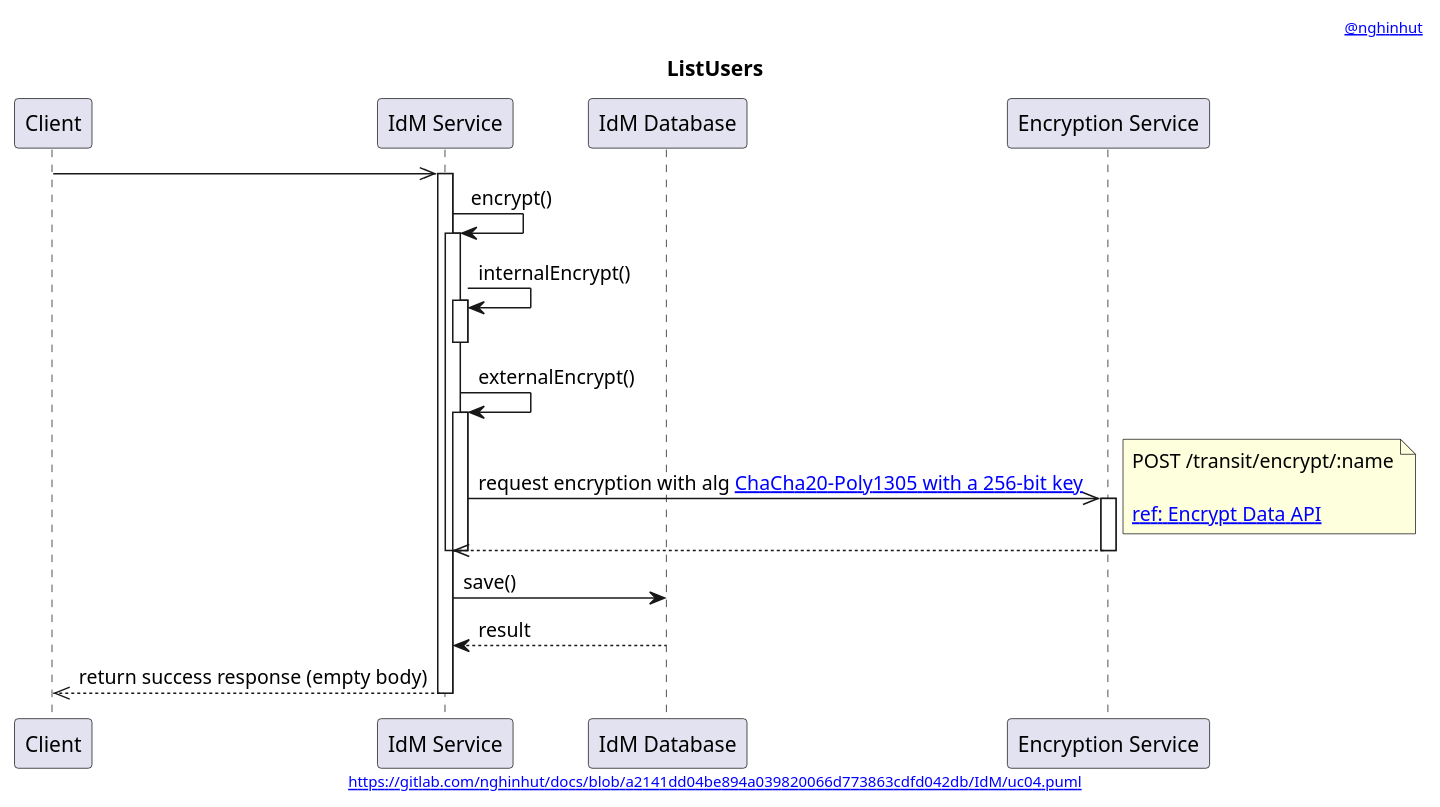
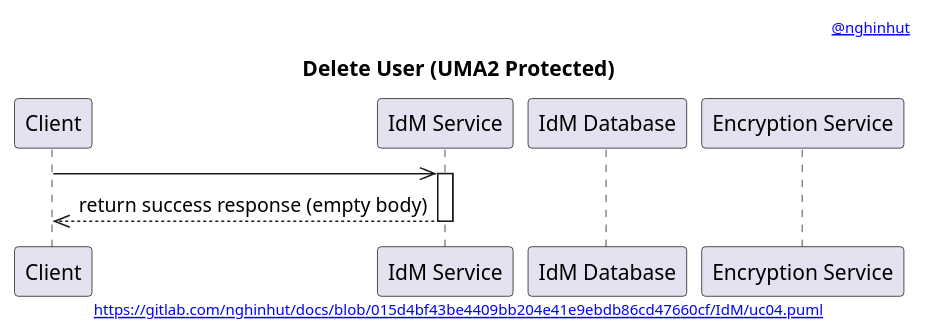
One commit to nghinhut/docs changed the diagram in IdM/uc04.sequence.puml. Above: the diagram before and after it, drawn with PlantUML. The commit also changed 20 other files, not shown here.

Commit message:
Update diagrams

```diff
--- a/IdM/uc04.sequence.puml
+++ b/IdM/uc04.sequence.puml
@@ -1,43 +1,22 @@
 @startuml
 '-----START auto generated metadata please keep comment here to allow auto update-----
 '-----DON'T EDIT THIS SECTION, INSTEAD RE-RUN prebuild.sh TO UPDATE-----
-header [[https://www.nghinhut.dev?from=http%5C%3A%5C%2F%5C%2Fwww%5C.plantuml%5C.com%5C%2Fplantuml%5C%2Fproxy%3Ffmt%3Dsvg%5C%26src%3Dhttps%5C%3A%5C%2F%5C%2Fgitlab%5C.com%5C%2Fnghinhut%5C%2Fdocs%5C%2Fraw%5C%2Fa2141dd04be894a039820066d773863cdfd042db%5C%2FIdM%5C%2Fuc04%5C.puml%0A @nghinhut]]
-footer [[http://www.plantuml.com/plantuml/proxy?fmt=svg&src=https://gitlab.com/nghinhut/docs/raw/a2141dd04be894a039820066d773863cdfd042db/IdM/uc04.puml https://gitlab.com/nghinhut/docs/blob/a2141dd04be894a039820066d773863cdfd042db/IdM/uc04.puml]]
+header [[https://www.nghinhut.dev?from=http%5C%3A%5C%2F%5C%2Fwww%5C.plantuml%5C.com%5C%2Fplantuml%5C%2Fproxy%3Ffmt%3Dsvg%5C%26src%3Dhttps%5C%3A%5C%2F%5C%2Fgitlab%5C.com%5C%2Fnghinhut%5C%2Fdocs%5C%2Fraw%5C%2F015d4bf43be4409bb204e41e9ebdb86cd47660cf%5C%2FIdM%5C%2Fuc04%5C.puml%0A @nghinhut]]
+footer [[http://www.plantuml.com/plantuml/proxy?fmt=svg&src=https://gitlab.com/nghinhut/docs/raw/015d4bf43be4409bb204e41e9ebdb86cd47660cf/IdM/uc04.puml https://gitlab.com/nghinhut/docs/blob/015d4bf43be4409bb204e41e9ebdb86cd47660cf/IdM/uc04.puml]]
 '-----END auto generated metadata please keep comment here to allow auto update-----
-title ListUsers
+title Delete User (UMA2 Protected)
 
 participant "Client" as client
 participant "IdM Service" as idm
 participant "IdM Database" as db
 participant "Encryption Service" as es
 
 client ->> idm
 activate idm
 
-idm -> idm : encrypt()
-activate idm
-idm -> idm : internalEncrypt()
-activate idm
-deactivate idm
 
-idm -> idm : externalEncrypt()
-activate idm
-idm ->> es : request encryption with alg [[https://www.vaultproject.io/docs/secrets/transit/index.html#chacha20-poly1305 ChaCha20-Poly1305 with a 256-bit key]]
-note right
-    POST /transit/encrypt/:name
-
-    [[https://www.vaultproject.io/api/secret/transit/index.html#encrypt-data ref: Encrypt Data API]]
-end note
-activate es
-idm <<-- es
-deactivate es
-deactivate idm
-deactivate idm
-
-idm -> db : save()
-idm <-- db : result
 
 client <<-- idm : return success response (empty body)
 deactivate idm
 
 @enduml
```
